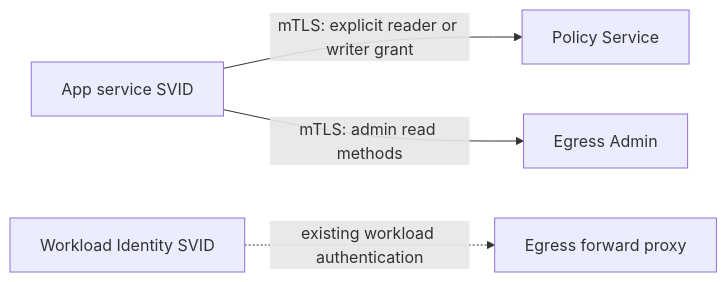
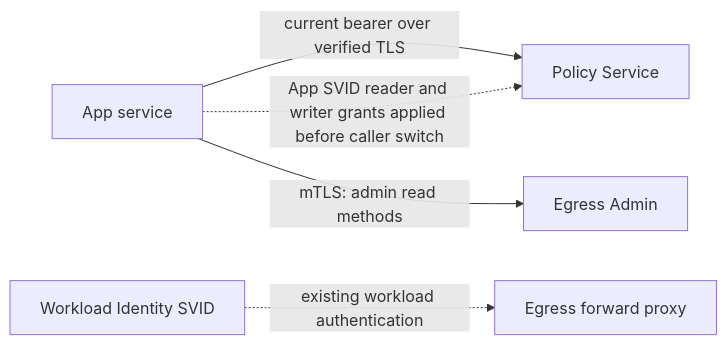
One commit to agentydragon/ducktape changed diagram 15 of 18 in agentplane/docs/system_overview.md. Above: the diagram before and after it, drawn with Mermaid. The commit also changed other lines of this file and 4 other files, not shown here.

Commit message:
Grant the App SVID Policy reader and writer access

````diff
--- a/agentplane/docs/system_overview.md
+++ b/agentplane/docs/system_overview.md
@@ -774,6 +776,7 @@
 ```mermaid
 flowchart LR
-    app[App service SVID] -->|mTLS: explicit reader or writer grant| policy[Policy Service]
+    app[App service] -->|current bearer over verified TLS| policy[Policy Service]
+    app -.->|App SVID reader and writer grants applied before caller switch| policy
     app -->|mTLS: admin read methods| admin[Egress Admin]
     workload[Workload Identity SVID] -.->|existing workload authentication| proxy[Egress forward proxy]
 ```
````
